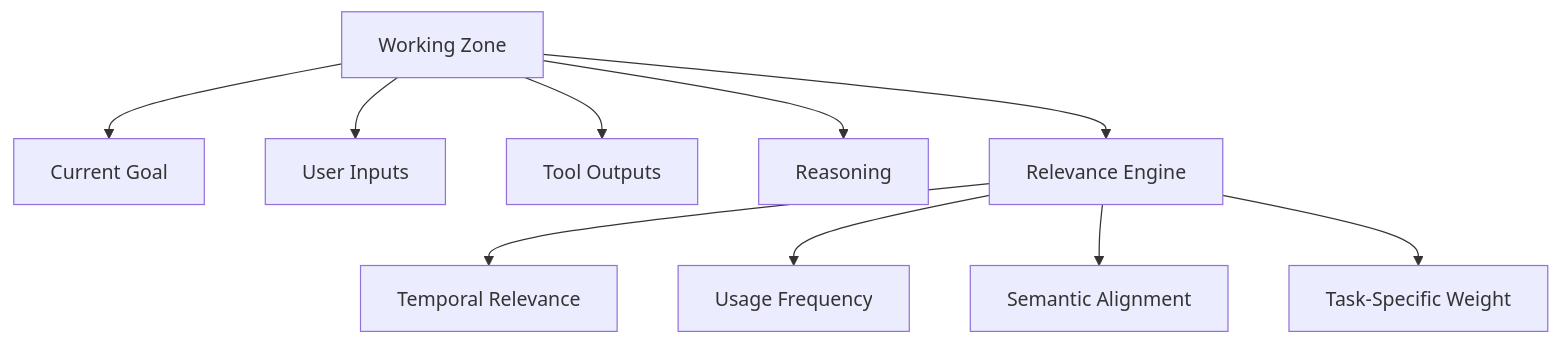
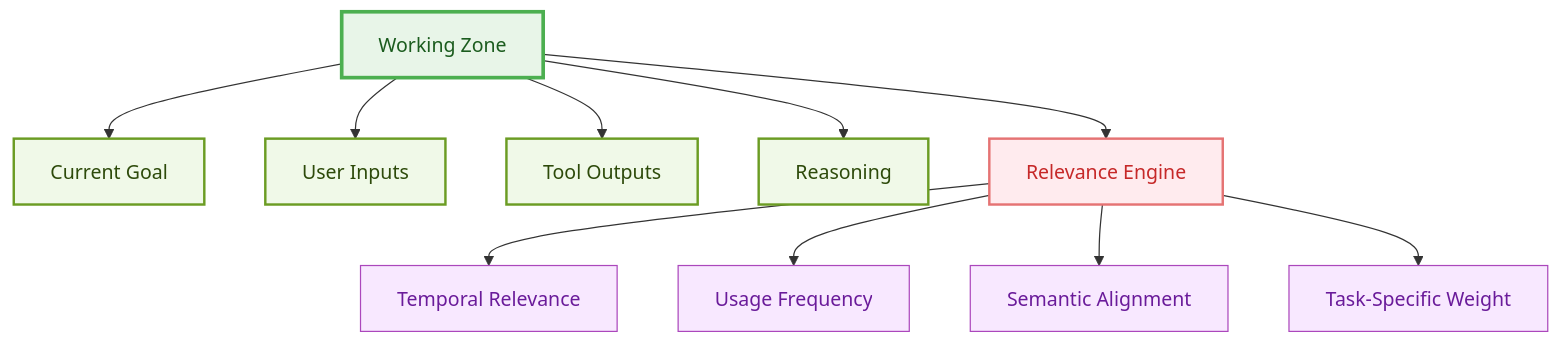
One commit to raphaelmansuy/digital_palace changed diagram 12 of 17 in reference/technical-articles/2025-06-29-context-management-llm-agents.md. Above: the diagram before and after it, drawn with Mermaid. The commit also changed other lines of this file, not shown here.

Commit message:
feat: enhance flowchart styles for improved visual clarity and consistency

````diff
--- a/reference/technical-articles/2025-06-29-context-management-llm-agents.md
+++ b/reference/technical-articles/2025-06-29-context-management-llm-agents.md
@@ -430,13 +482,24 @@
 ```mermaid
 graph TD
     C[Working Zone] --> C1[Current Goal]
     C --> C2[User Inputs]
     C --> C3[Tool Outputs]
     C --> C4[Reasoning]
     
     C --> F[Relevance Engine]
     F --> F1[Temporal Relevance]
     F --> F2[Usage Frequency]
     F --> F3[Semantic Alignment]
     F --> F4[Task-Specific Weight]
+    
+    style C fill:#E8F5E8,stroke:#4CAF50,stroke-width:3px,color:#1B5C1E
+    style C1 fill:#F0F9E8,stroke:#6B9C23,stroke-width:2px,color:#2D4A0A
+    style C2 fill:#F0F9E8,stroke:#6B9C23,stroke-width:2px,color:#2D4A0A
+    style C3 fill:#F0F9E8,stroke:#6B9C23,stroke-width:2px,color:#2D4A0A
+    style C4 fill:#F0F9E8,stroke:#6B9C23,stroke-width:2px,color:#2D4A0A
+    style F fill:#FFEBEE,stroke:#E57373,stroke-width:2px,color:#C62828
+    style F1 fill:#F8E8FF,stroke:#AB47BC,stroke-width:1px,color:#6A1B9A
+    style F2 fill:#F8E8FF,stroke:#AB47BC,stroke-width:1px,color:#6A1B9A
+    style F3 fill:#F8E8FF,stroke:#AB47BC,stroke-width:1px,color:#6A1B9A
+    style F4 fill:#F8E8FF,stroke:#AB47BC,stroke-width:1px,color:#6A1B9A
 ```
````
